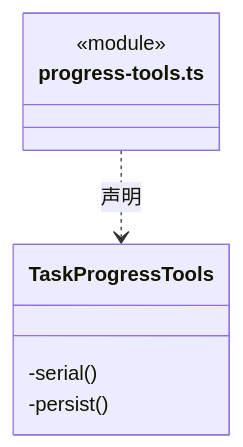
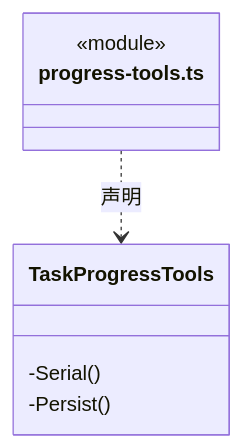
One commit to nan023062/cbim changed diagram 24 of 46 in src/logic/evidence/rules/ARCHITECTURE.md. Above: the diagram before and after it, drawn with Mermaid. The commit also changed other lines of this file and 1035 other files, not shown here.

````diff
--- a/src/logic/evidence/rules/ARCHITECTURE.md
+++ b/src/logic/evidence/rules/ARCHITECTURE.md
@@ -520,11 +520,11 @@
 ```mermaid
 classDiagram
 class N_src_logic_evidence_rules_progress_tools_ts["progress-tools.ts"] {
   <<module>>
 }
 class N_src_logic_evidence_rules_progress_tools_ts_TaskProgressTools["TaskProgressTools"] {
-  -serial()
-  -persist()
+  -Serial()
+  -Persist()
 }
 N_src_logic_evidence_rules_progress_tools_ts ..> N_src_logic_evidence_rules_progress_tools_ts_TaskProgressTools : 声明
 ```
````
